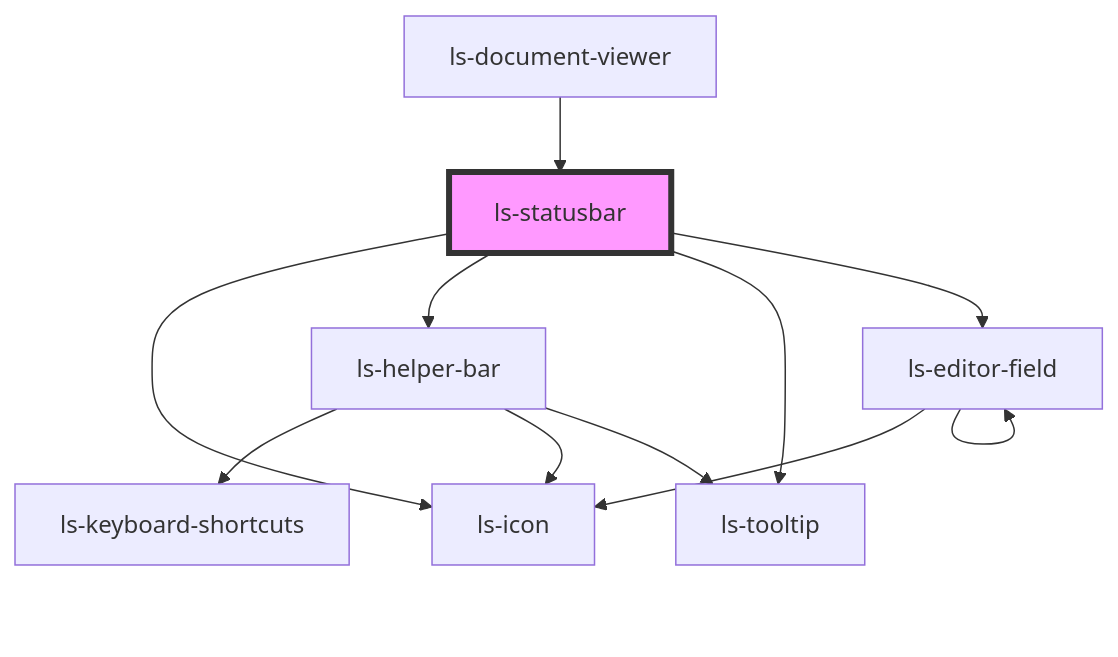
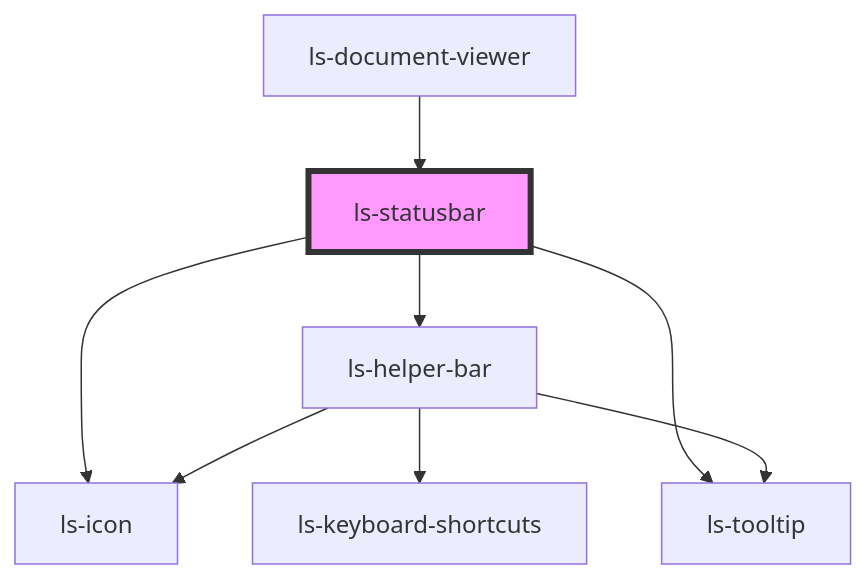
The diagram in src/components/ls-statusbar/readme.md (legalesign/ls-document-viewer), drawn with Mermaid before and after one commit. The commit also changed other lines of this file and 2 other files, not shown here.

````diff
--- a/src/components/ls-statusbar/readme.md
+++ b/src/components/ls-statusbar/readme.md
@@ -32,14 +31,11 @@
 ```mermaid
 graph TD;
   ls-statusbar --> ls-icon
   ls-statusbar --> ls-helper-bar
   ls-statusbar --> ls-tooltip
-  ls-statusbar --> ls-editor-field
   ls-helper-bar --> ls-keyboard-shortcuts
   ls-helper-bar --> ls-icon
   ls-helper-bar --> ls-tooltip
-  ls-editor-field --> ls-icon
-  ls-editor-field --> ls-editor-field
   ls-document-viewer --> ls-statusbar
   style ls-statusbar fill:#f9f,stroke:#333,stroke-width:4px
 ```
````
